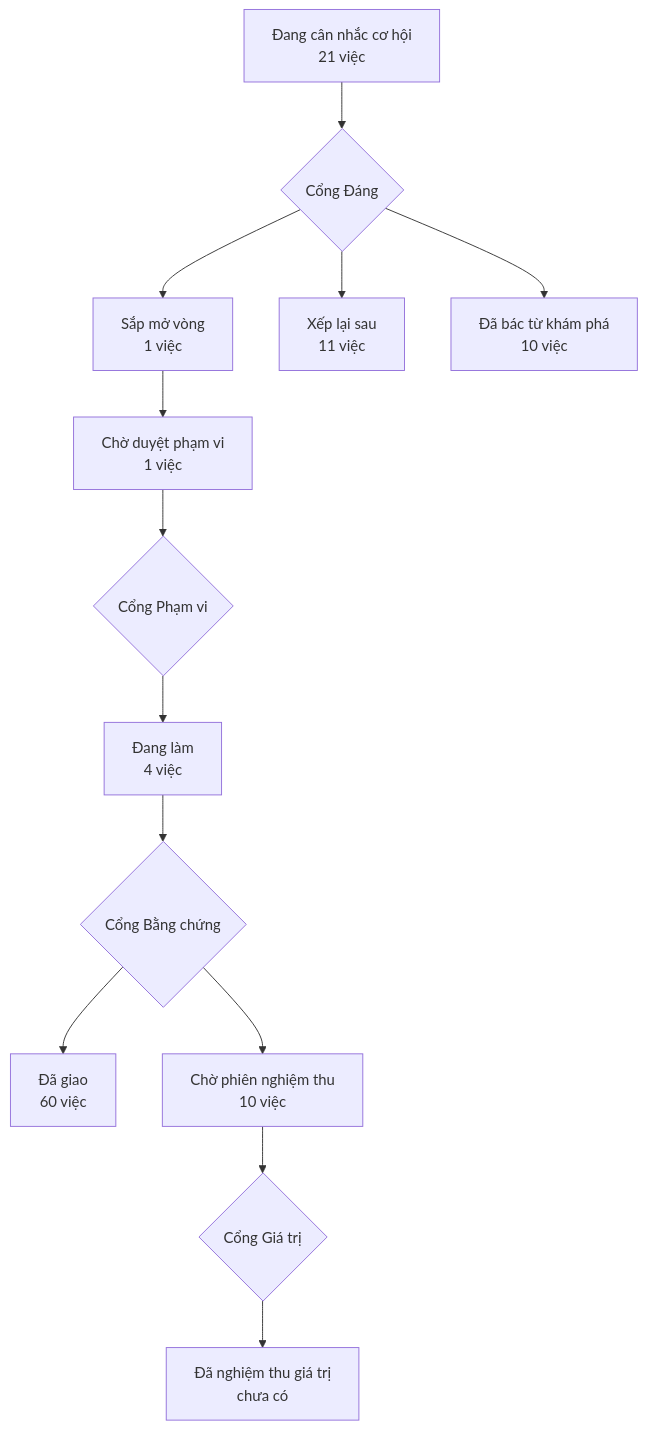
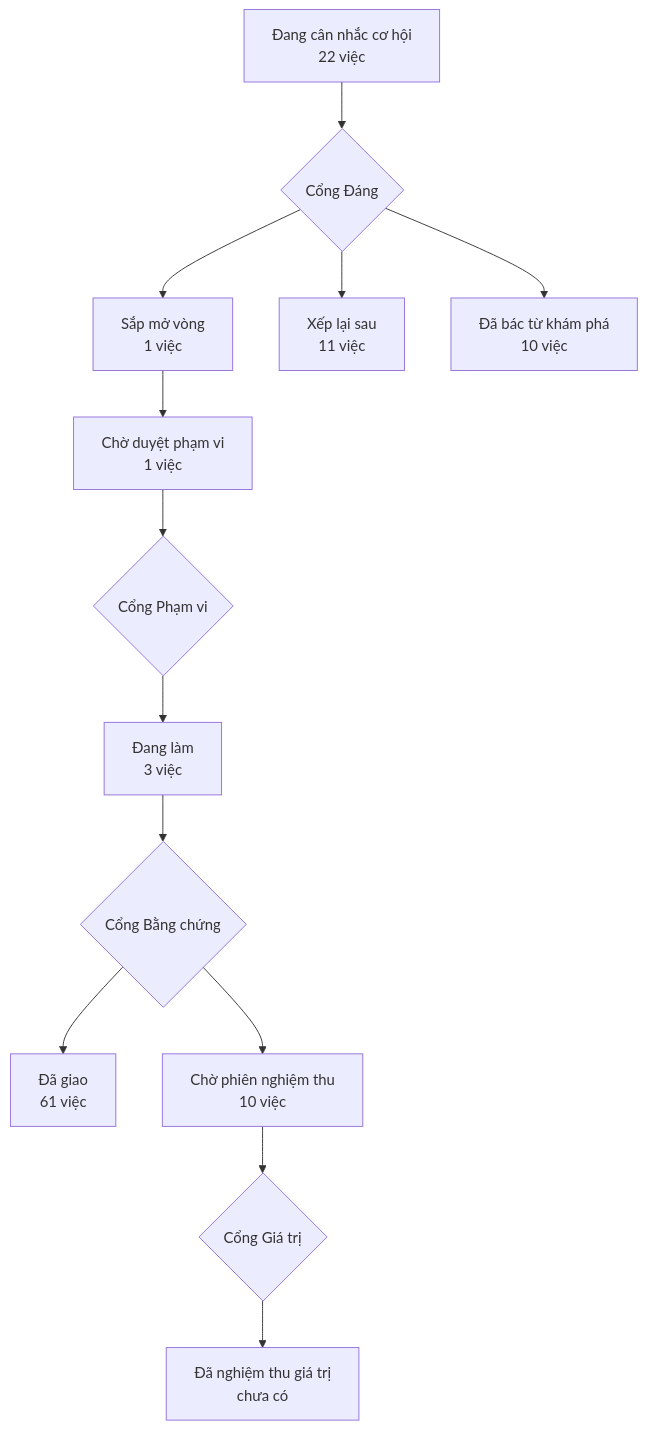
One commit to phanlemanh/acceptance-gate-kit changed the diagram in PRODUCT-MAP.md. Above: the diagram before and after it, drawn with Mermaid. The commit also changed other lines of this file and 5 other files, not shown here.

````diff
--- a/PRODUCT-MAP.md
+++ b/PRODUCT-MAP.md
@@ -6,12 +6,12 @@
 ```mermaid
 flowchart TD
-  A["Đang cân nhắc cơ hội<br/>21 việc"] --> GD{"Cổng Đáng"}
+  A["Đang cân nhắc cơ hội<br/>22 việc"] --> GD{"Cổng Đáng"}
   GD --> B["Sắp mở vòng<br/>1 việc"]
   GD --> XL["Xếp lại sau<br/>11 việc"]
   GD --> DB["Đã bác từ khám phá<br/>10 việc"]
   B --> CD["Chờ duyệt phạm vi<br/>1 việc"] --> GP{"Cổng Phạm vi"}
-  GP --> DL["Đang làm<br/>4 việc"] --> GB{"Cổng Bằng chứng"}
-  GB --> DG["Đã giao<br/>60 việc"]
+  GP --> DL["Đang làm<br/>3 việc"] --> GB{"Cổng Bằng chứng"}
+  GB --> DG["Đã giao<br/>61 việc"]
   GB --> CN["Chờ phiên nghiệm thu<br/>10 việc"] --> GG{"Cổng Giá trị"}
   GG --> NT["Đã nghiệm thu giá trị<br/>chưa có"]
 ```
````
